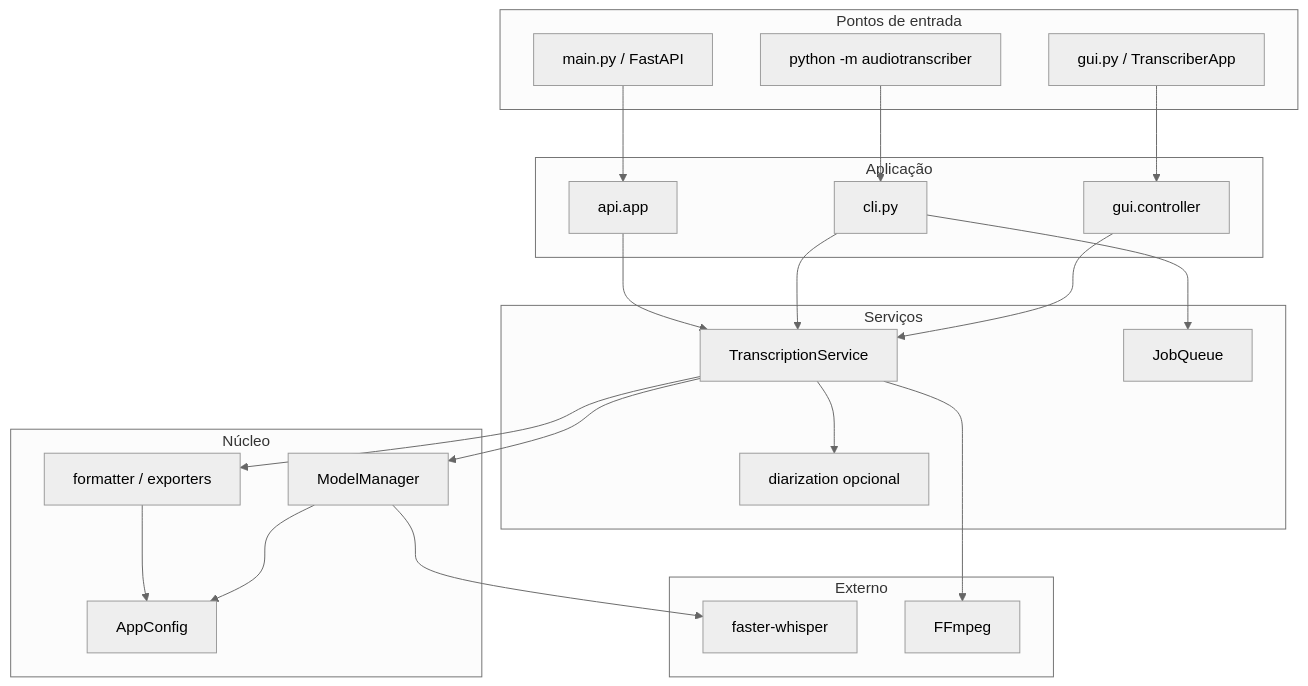
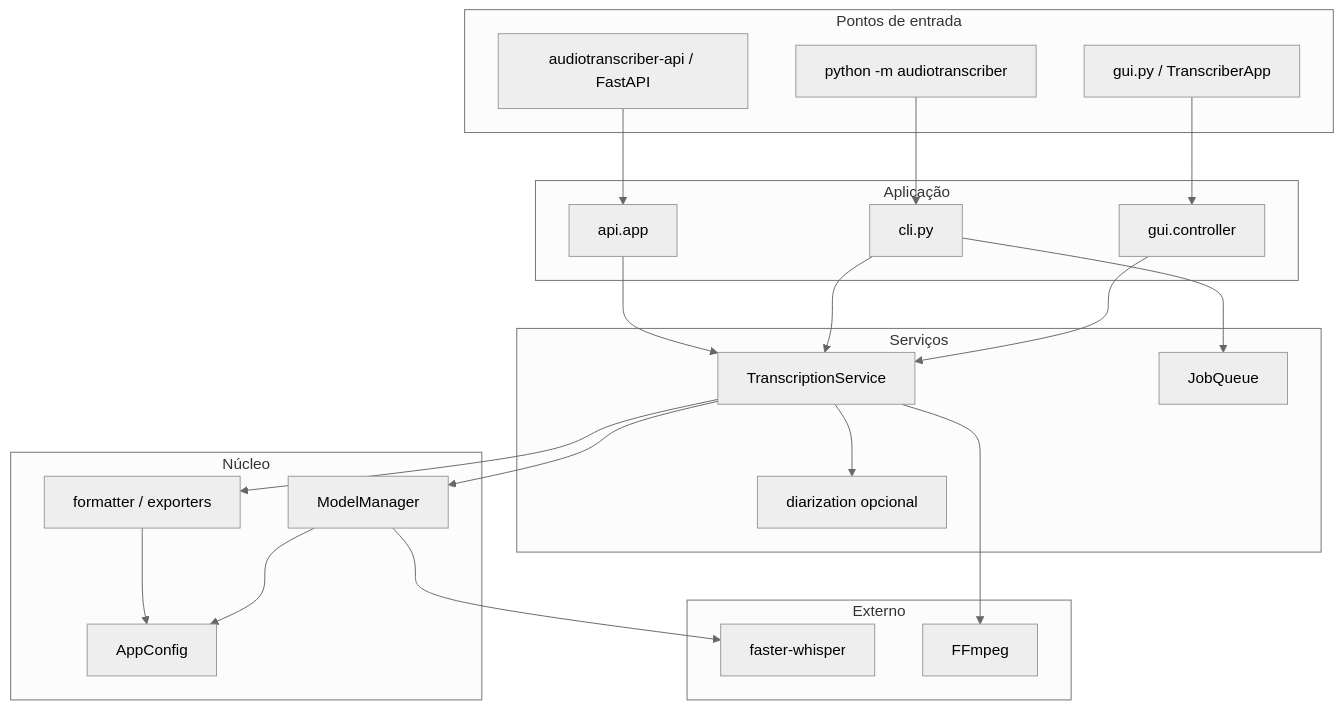
Before and after one commit to GabrielTrentino/AudioTranscriber: the first of 2 diagrams in docs/ARCHITECTURE.md, drawn with Mermaid (neutral theme). The commit also changed 15 other files, not shown here.

````diff
--- a/docs/ARCHITECTURE.md
+++ b/docs/ARCHITECTURE.md
@@ -7,46 +7,46 @@
 ```mermaid
 flowchart TB
     subgraph entry [Pontos de entrada]
         GUI[gui.py / TranscriberApp]
         CLI[python -m audiotranscriber]
-        API[main.py / FastAPI]
+        API[audiotranscriber-api / FastAPI]
     end
 
     subgraph app_layer [Aplicação]
         CTRL[gui.controller]
         CLIM[cli.py]
         APIAPP[api.app]
     end
 
     subgraph services [Serviços]
         TS[TranscriptionService]
         JQ[JobQueue]
         DIA[diarization opcional]
     end
 
     subgraph core [Núcleo]
         MM[ModelManager]
         FMT[formatter / exporters]
         CFG[AppConfig]
     end
 
     subgraph external [Externo]
         FW[faster-whisper]
         FF[FFmpeg]
     end
 
     GUI --> CTRL
     CLI --> CLIM
     API --> APIAPP
     CTRL --> TS
     CLIM --> TS
     CLIM --> JQ
     APIAPP --> TS
     TS --> MM
     TS --> FMT
     TS --> DIA
     MM --> FW
     TS --> FF
     MM --> CFG
     FMT --> CFG
 ```
````
